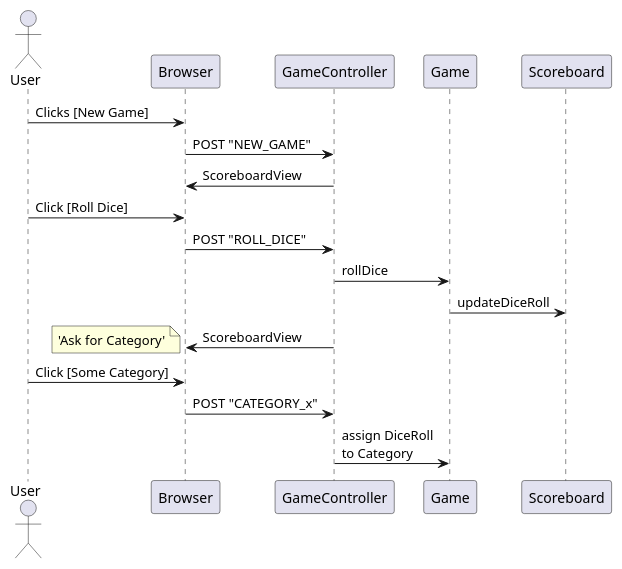
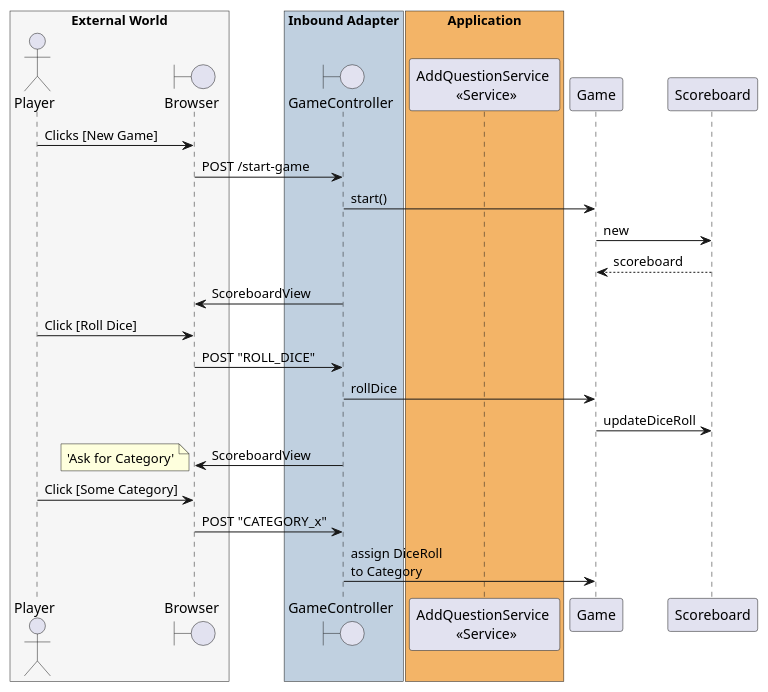
Before and after one commit to jitterted/yacht-tdd: the diagram in GameFlow.plantuml, drawn with PlantUML. The commit also changed 50 other files, not shown here.

```diff
--- a/GameFlow.plantuml
+++ b/GameFlow.plantuml
@@ -1,17 +1,31 @@
 @startuml
 
-actor User
-User -> Browser: Clicks [New Game]
-Browser -> GameController: POST "NEW_GAME"
+box "External World" #f6f6f6
+    actor Player
+    boundary Browser
+end box
+
+box "Inbound Adapter" #c0d0e0
+    boundary GameController
+end box
+box "Application" #F3B467
+    participant "AddQuestionService \n <<Service>>" as service
+end box
+
+Player -> Browser: Clicks [New Game]
+Browser -> GameController: POST /start-game
+GameController -> Game: start()
+Game -> Scoreboard: new
+Game <-- Scoreboard : scoreboard
 GameController -> Browser: ScoreboardView
-User -> Browser: Click [Roll Dice]
+Player -> Browser: Click [Roll Dice]
 Browser -> GameController: POST "ROLL_DICE"
 GameController -> Game: rollDice
 Game -> Scoreboard: updateDiceRoll
 GameController -> Browser: ScoreboardView
 note left: 'Ask for Category'
-User -> Browser: Click [Some Category]
+Player -> Browser: Click [Some Category]
 Browser -> GameController: POST "CATEGORY_x"
 GameController -> Game: assign DiceRoll\nto Category
 
 @enduml
```
